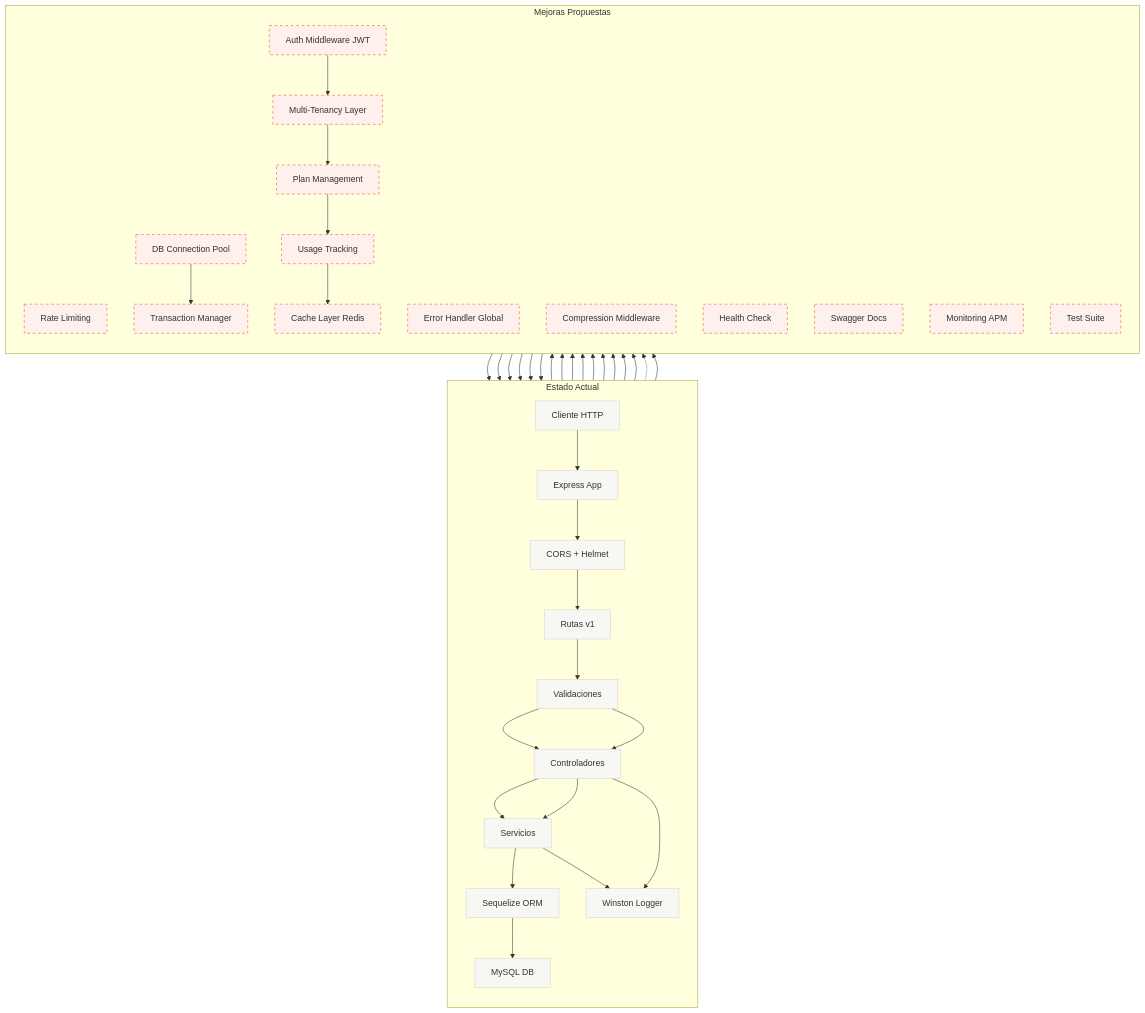
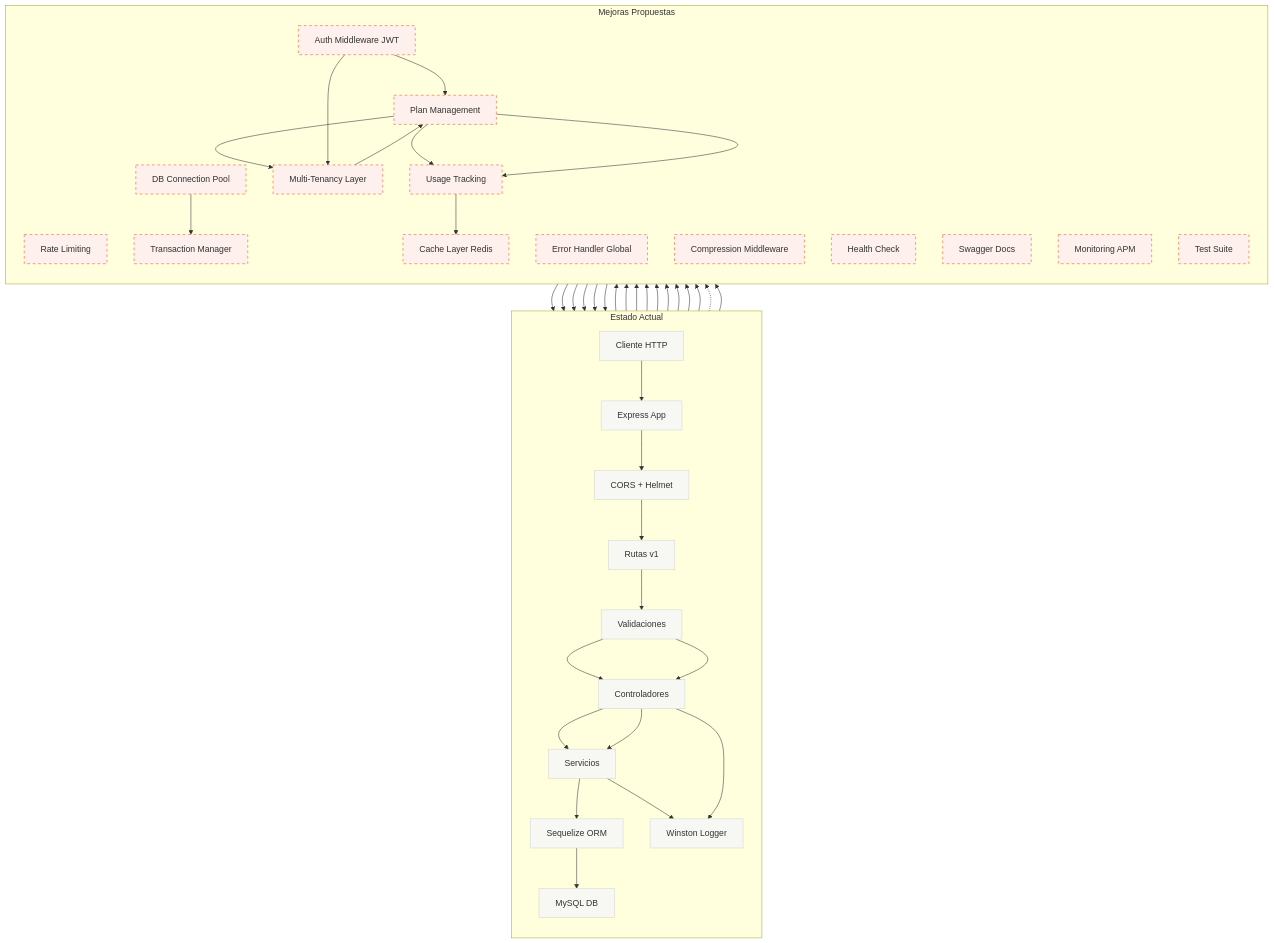
Before and after one commit to Frangia22/CarService: the second of 2 diagrams in back/docs/ROADMAP.md, drawn with Mermaid. The commit also changed other lines of this file and 2 other files, not shown here.

Commit message:
docs: :memo: Update ROADMAP.md to include personalized templates feature for Enterprise plan, enhancing customization options and competitive differentiation

```diff
--- a/back/docs/ROADMAP.md
+++ b/back/docs/ROADMAP.md
@@ -147,6 +148,9 @@
     D --> S
     I --> T
     G -.-> U
+    W --> V
+    W --> X
+    L --> W
     L --> V
     V --> W
     W --> X
```
